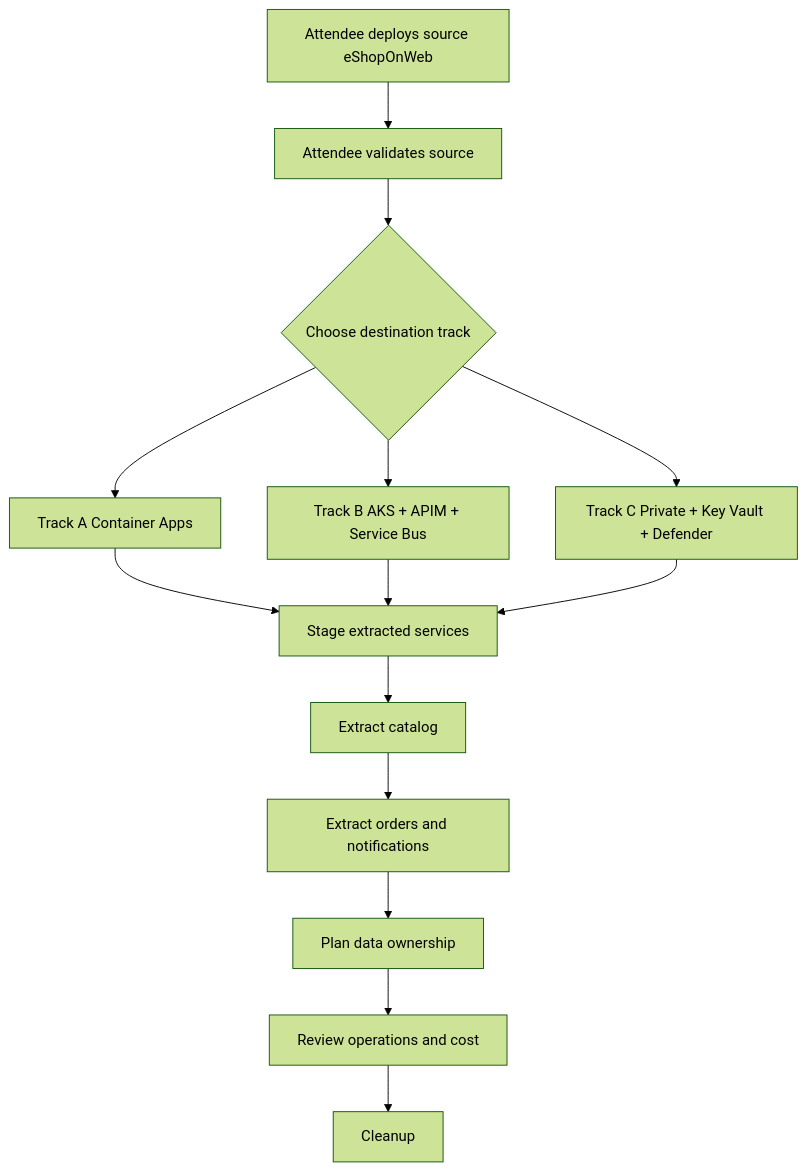
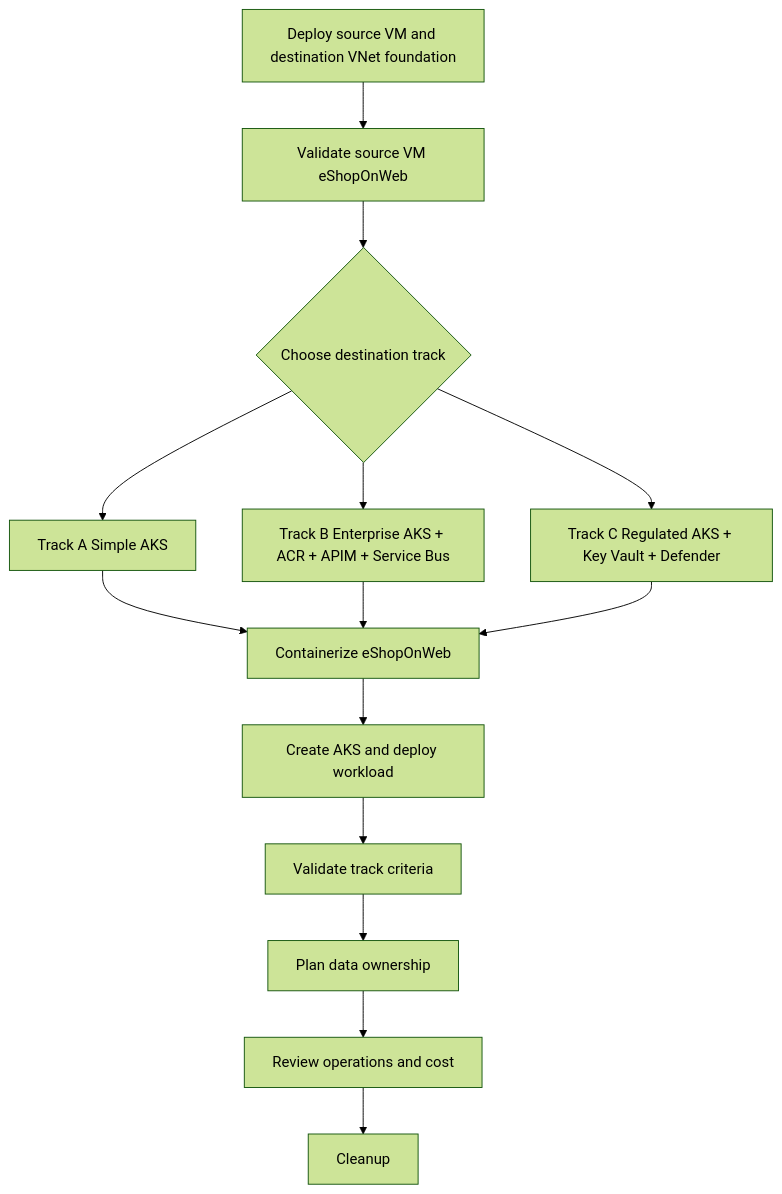
The diagram in media/workshop-flow.md (marinfrankovic/azure-application-modernization-workshop), drawn with Mermaid (forest theme) before and after one commit. The commit also changed 61 other files, not shown here.

````diff
--- a/media/workshop-flow.md
+++ b/media/workshop-flow.md
@@ -3,16 +3,16 @@
 ```mermaid
 flowchart TD
-    A[Attendee deploys source eShopOnWeb] --> B[Attendee validates source]
+    A[Deploy source VM and destination VNet foundation] --> B[Validate source VM eShopOnWeb]
     B --> C{Choose destination track}
-    C --> D[Track A Container Apps]
-    C --> E[Track B AKS + APIM + Service Bus]
-    C --> F[Track C Private + Key Vault + Defender]
-    D --> G[Stage extracted services]
+    C --> D[Track A Simple AKS]
+    C --> E[Track B Enterprise AKS + ACR + APIM + Service Bus]
+    C --> F[Track C Regulated AKS + Key Vault + Defender]
+    D --> G[Containerize eShopOnWeb]
     E --> G
     F --> G
-    G --> H[Extract catalog]
-    H --> I[Extract orders and notifications]
+    G --> H[Create AKS and deploy workload]
+    H --> I[Validate track criteria]
     I --> J[Plan data ownership]
     J --> K[Review operations and cost]
     K --> L[Cleanup]
 ```
````
